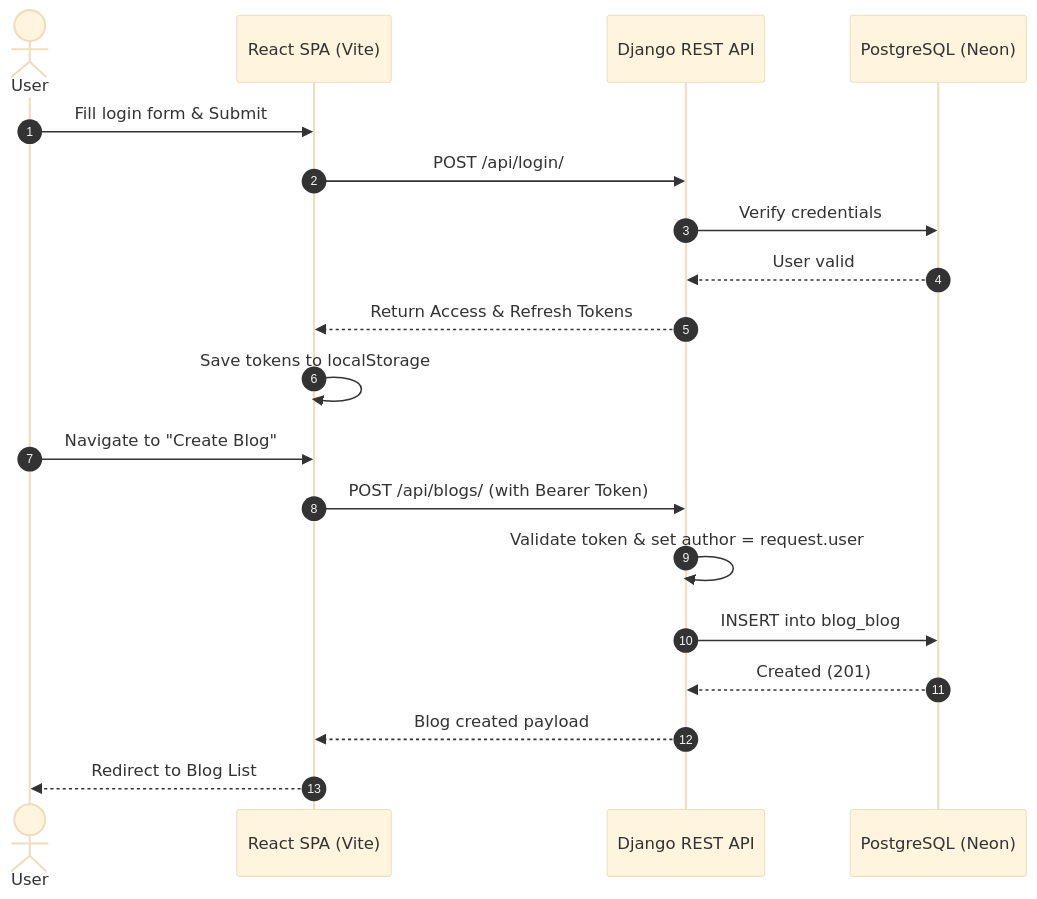
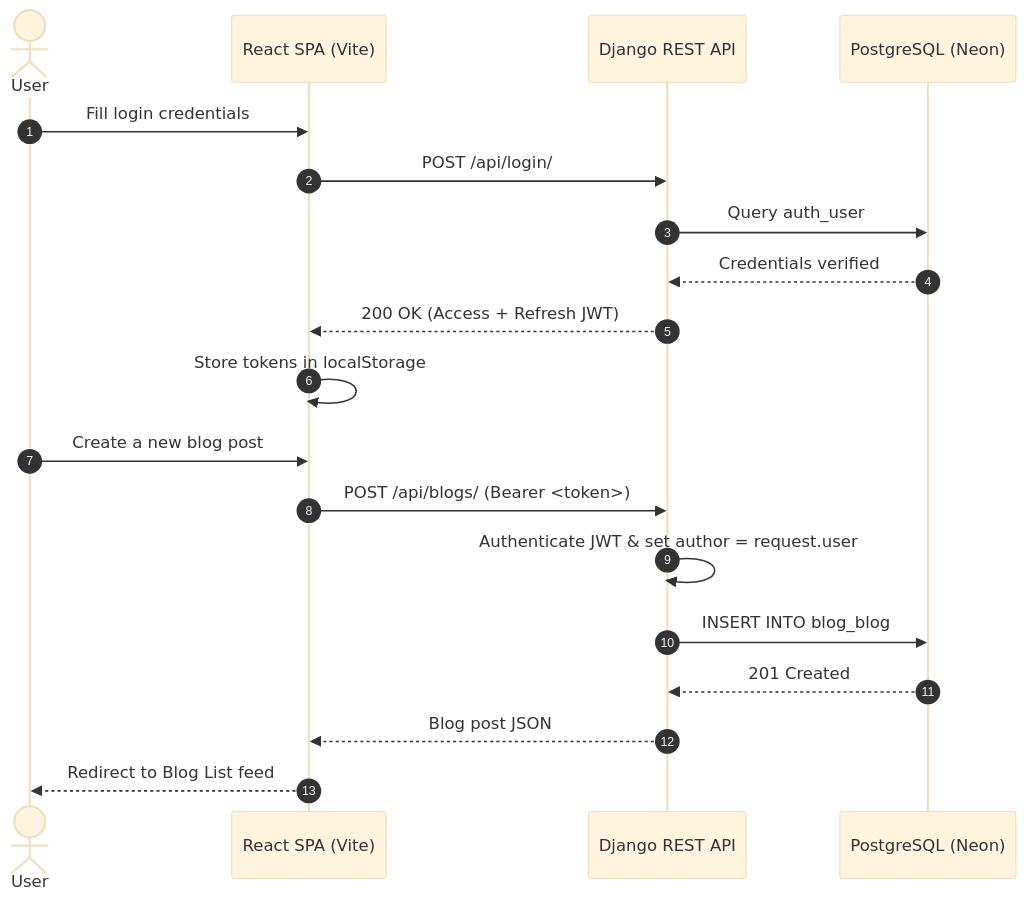
The diagram in README.md (praveen122002/BlogApp), drawn with Mermaid (base theme) before and after one commit. The commit also changed other lines of this file and 1 other file, not shown here.

````diff
--- a/README.md
+++ b/README.md
@@ -200,23 +174,23 @@
 ```mermaid
 sequenceDiagram
     autonumber
     actor User
     participant Frontend as React SPA (Vite)
     participant Backend as Django REST API
     participant DB as PostgreSQL (Neon)
 
-    User->>Frontend: Fill login form & Submit
+    User->>Frontend: Fill login credentials
     Frontend->>Backend: POST /api/login/
-    Backend->>DB: Verify credentials
-    DB-->>Backend: User valid
-    Backend-->>Frontend: Return Access & Refresh Tokens
-    Frontend->>Frontend: Save tokens to localStorage
-    
-    User->>Frontend: Navigate to "Create Blog"
-    Frontend->>Backend: POST /api/blogs/ (with Bearer Token)
-    Backend->>Backend: Validate token & set author = request.user
-    Backend->>DB: INSERT into blog_blog
-    DB-->>Backend: Created (201)
-    Backend-->>Frontend: Blog created payload
-    Frontend-->>User: Redirect to Blog List
+    Backend->>DB: Query auth_user
+    DB-->>Backend: Credentials verified
+    Backend-->>Frontend: 200 OK (Access + Refresh JWT)
+    Frontend->>Frontend: Store tokens in localStorage
+
+    User->>Frontend: Create a new blog post
+    Frontend->>Backend: POST /api/blogs/ (Bearer <token>)
+    Backend->>Backend: Authenticate JWT & set author = request.user
+    Backend->>DB: INSERT INTO blog_blog
+    DB-->>Backend: 201 Created
+    Backend-->>Frontend: Blog post JSON
+    Frontend-->>User: Redirect to Blog List feed
 ```
````
